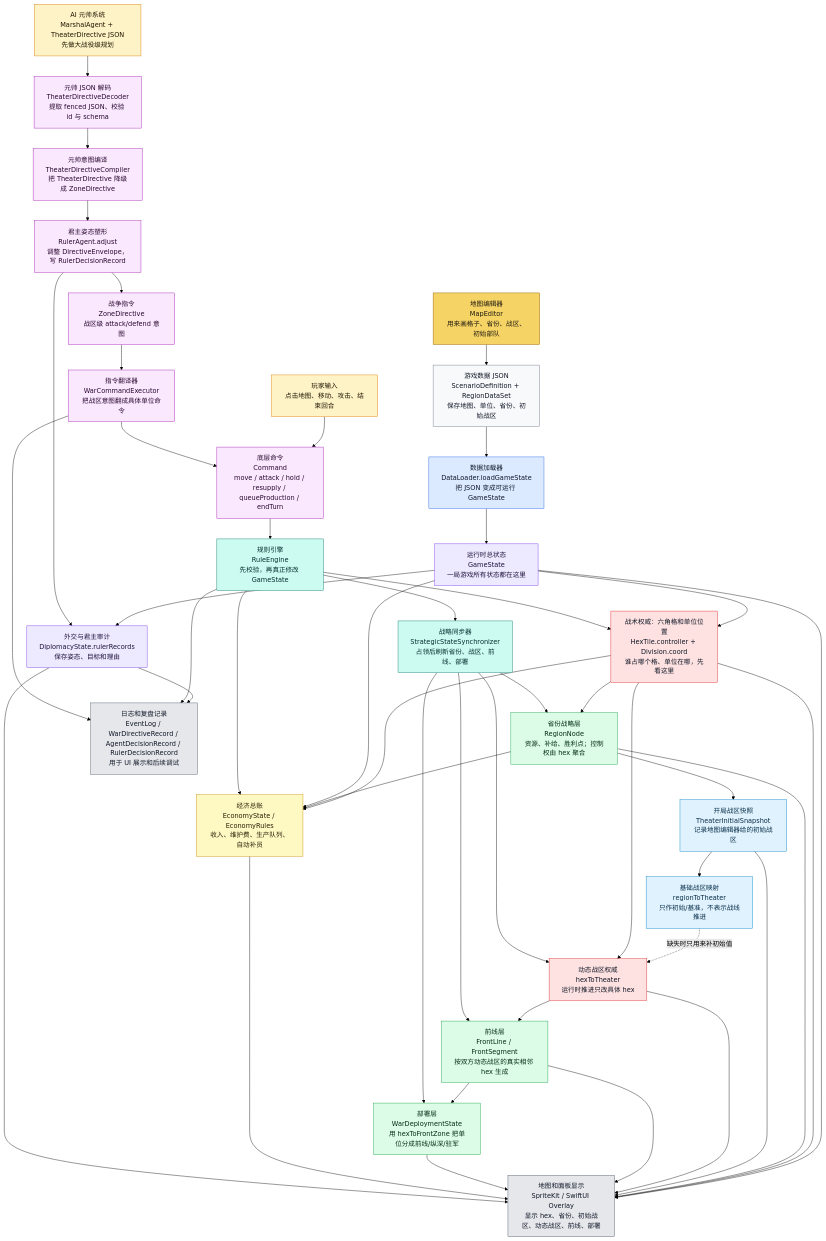
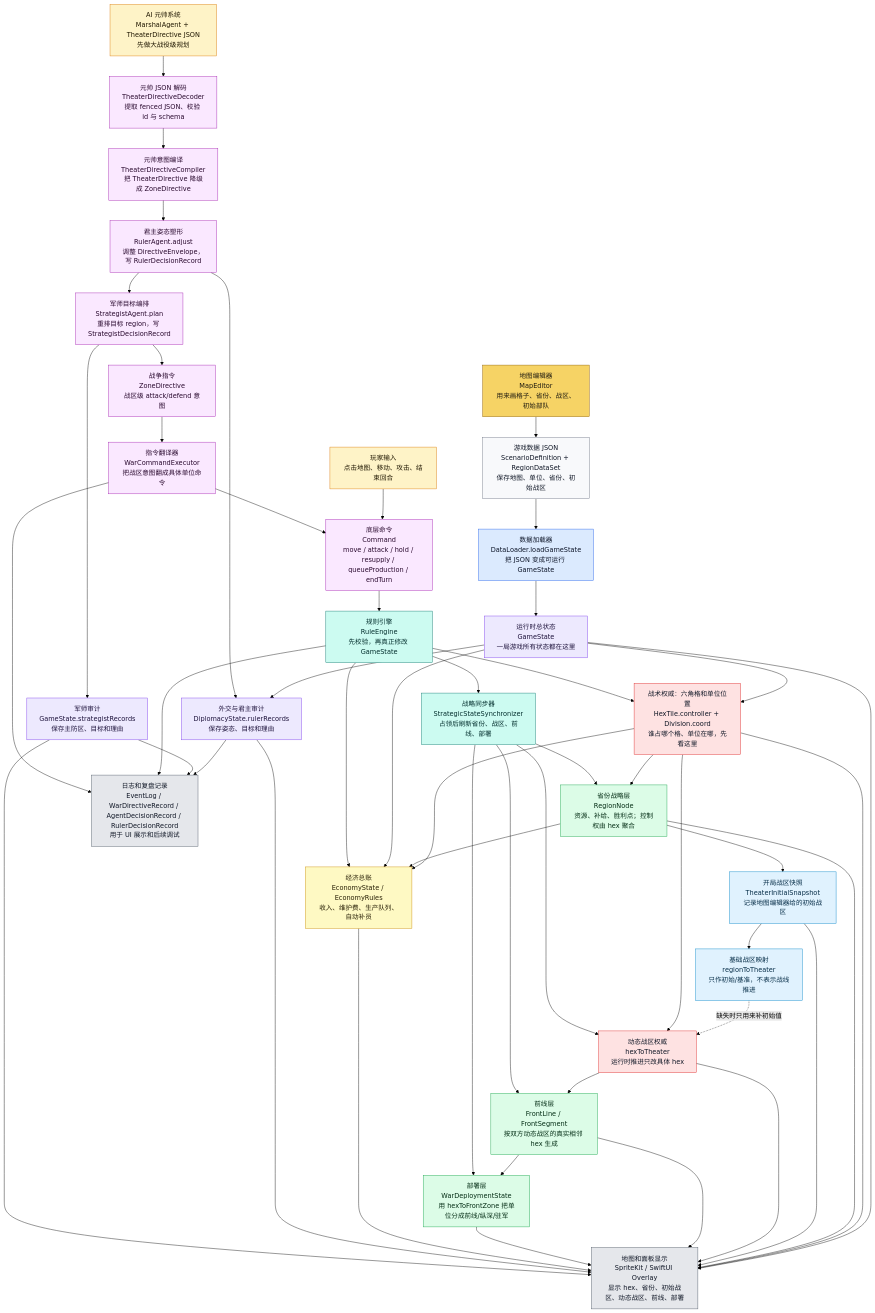
The first of 9 diagrams in md/flow/flowchart.md (Altman-sam114/121), drawn with Mermaid (forest theme) before and after one commit. The commit also changed other lines of this file and 13 other files, not shown here.

```diff
--- a/md/flow/flowchart.md
+++ b/md/flow/flowchart.md
@@ -68,12 +68,14 @@
     DEC["元帅 JSON 解码<br/>TheaterDirectiveDecoder<br/>提取 fenced JSON、校验 id 与 schema"]:::command
     COMP["元帅意图编译<br/>TheaterDirectiveCompiler<br/>把 TheaterDirective 降级成 ZoneDirective"]:::command
     RULER["君主姿态塑形<br/>RulerAgent.adjust<br/>调整 DirectiveEnvelope，写 RulerDecisionRecord"]:::command
+    STRAT["军师目标编排<br/>StrategistAgent.plan<br/>重排目标 region，写 StrategistDecisionRecord"]:::command
     ZD["战争指令<br/>ZoneDirective<br/>战区级 attack/defend 意图"]:::command
     WCE["指令翻译器<br/>WarCommandExecutor<br/>把战区意图翻成具体单位命令"]:::command
     CMD["底层命令<br/>Command<br/>move / attack / hold / resupply / queueProduction / endTurn"]:::command
     RE["规则引擎<br/>RuleEngine<br/>先校验，再真正修改 GameState"]:::rules
     SYNC["战略同步器<br/>StrategicStateSynchronizer<br/>占领后刷新省份、战区、前线、部署"]:::rules
     DIP["外交与君主审计<br/>DiplomacyState.rulerRecords<br/>保存姿态、目标和理由"]:::state
+    SREC["军师审计<br/>GameState.strategistRecords<br/>保存主防区、目标和理由"]:::state
 
     UI["地图和面板显示<br/>SpriteKit / SwiftUI Overlay<br/>显示 hex、省份、初始战区、动态战区、前线、部署"]:::ui
     LOG["日志和复盘记录<br/>EventLog / WarDirectiveRecord / AgentDecisionRecord / RulerDecisionRecord<br/>用于 UI 展示和后续调试"]:::ui
@@ -92,8 +94,9 @@
     GS --> DIP
 
     PLAYER --> CMD
-    AI --> DEC --> COMP --> RULER --> ZD --> WCE --> CMD
+    AI --> DEC --> COMP --> RULER --> STRAT --> ZD --> WCE --> CMD
     RULER --> DIP
+    STRAT --> SREC
     CMD --> RE --> HEX
     RE --> ECO
     RE --> SYNC
@@ -111,7 +114,9 @@
     DEPLOY --> UI
     ECO --> UI
     DIP --> UI
+    SREC --> UI
     DIP --> LOG
+    SREC --> LOG
     RE --> LOG
     WCE --> LOG
 
```
